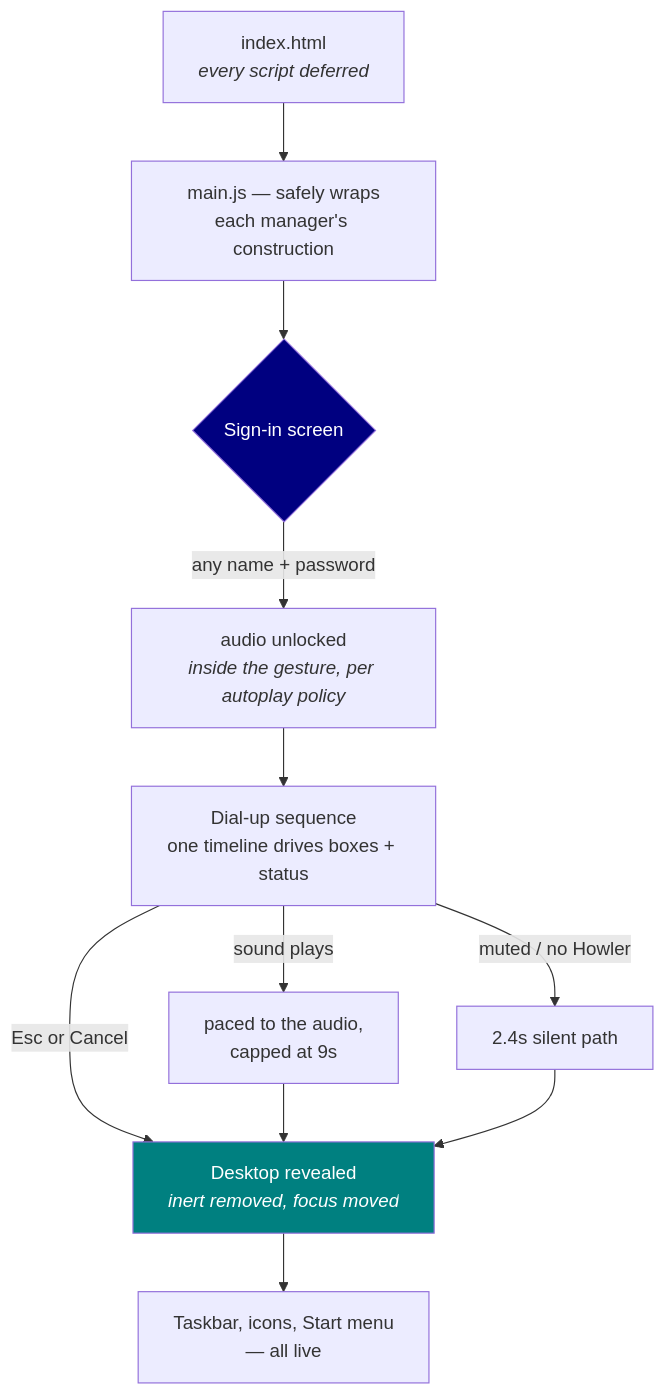
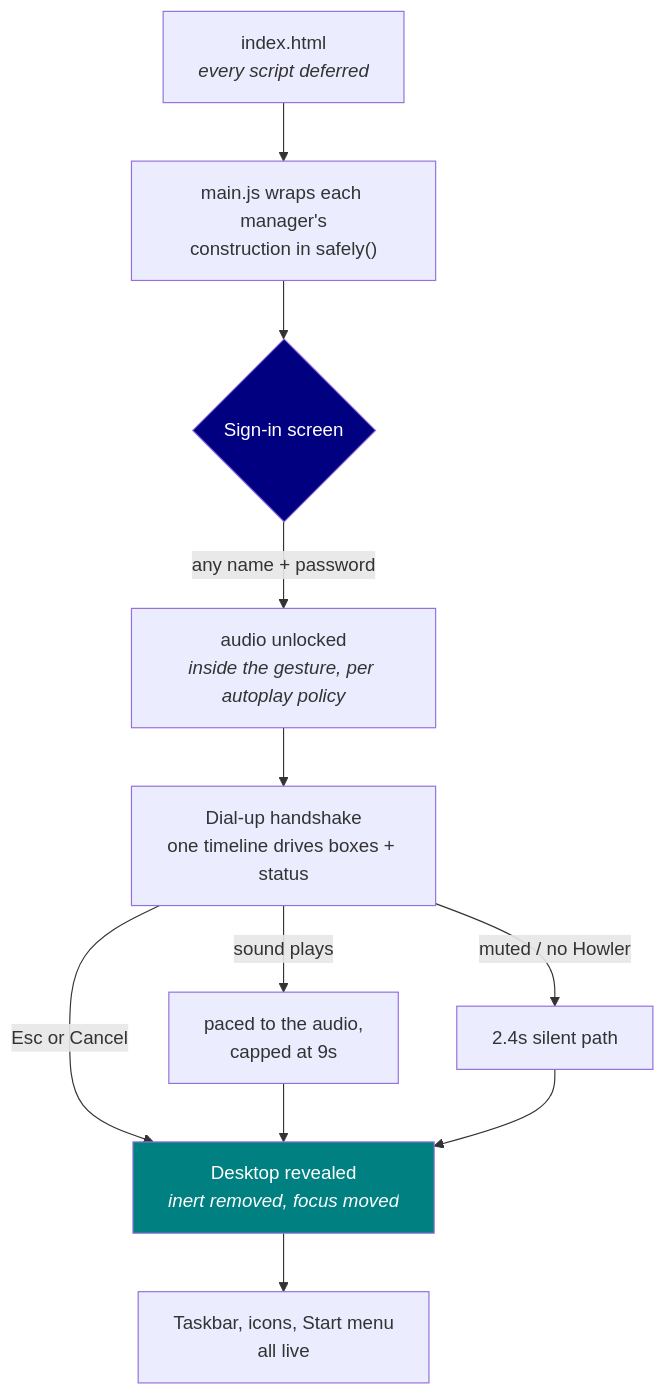
The first of 6 diagrams in README.md (d4551/innovation-oxford), drawn with Mermaid before and after one commit. The commit also changed other lines of this file, not shown here.

````diff
--- a/README.md
+++ b/README.md
@@ -117,16 +115,16 @@
 ```mermaid
 flowchart TD
-    A["index.html<br/><i>every script deferred</i>"] --> B["main.js — safely wraps<br/>each manager's construction"]
+    A["index.html<br/><i>every script deferred</i>"] --> B["main.js wraps each manager's<br/>construction in safely()"]
     B --> C{"Sign-in screen"}
     C -->|"any name + password"| D["audio unlocked<br/><i>inside the gesture, per autoplay policy</i>"]
-    D --> E["Dial-up sequence<br/>one timeline drives boxes + status"]
+    D --> E["Dial-up handshake<br/>one timeline drives boxes + status"]
     E -->|"sound plays"| F["paced to the audio,<br/>capped at 9s"]
     E -->|"muted / no Howler"| G["2.4s silent path"]
     E -->|"Esc or Cancel"| H
     F --> H["Desktop revealed<br/><i>inert removed, focus moved</i>"]
     G --> H
-    H --> I["Taskbar, icons, Start menu<br/>— all live"]
+    H --> I["Taskbar, icons, Start menu<br/>all live"]
 
     style C fill:#000080,color:#fff
     style H fill:#008080,color:#fff
 ```
````
